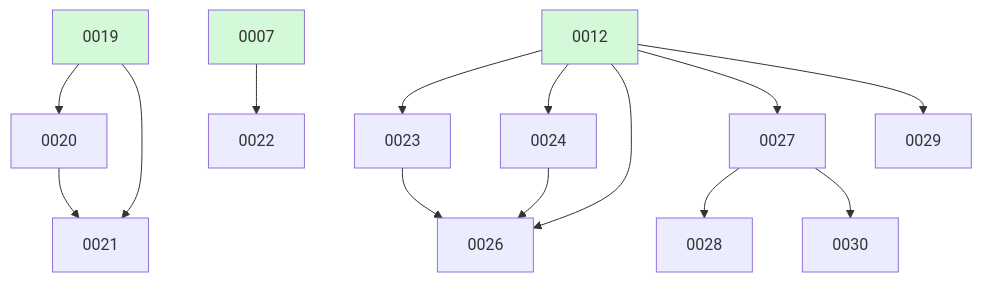
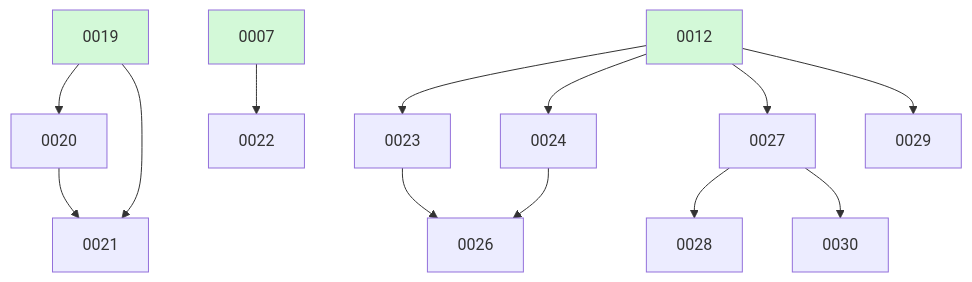
One commit to ethanhinson/fuse changed the diagram in docs/changes/BOARD.md. Above: the diagram before and after it, drawn with Mermaid.

Commit message:
docket: board refresh

````diff
--- a/docs/changes/BOARD.md
+++ b/docs/changes/BOARD.md
@@ -20,20 +20,19 @@
 ```mermaid
 graph TD
   0019 --> 0020
   0019 --> 0021
   0020 --> 0021
   0007 --> 0022
   0012 --> 0023
   0012 --> 0024
-  0012 --> 0026
   0023 --> 0026
   0024 --> 0026
   0012 --> 0027
   0027 --> 0028
   0012 --> 0029
   0027 --> 0030
   0007:::done
   0012:::done
   0019:::done
   classDef done fill:#d3f9d8;
 ```
````
